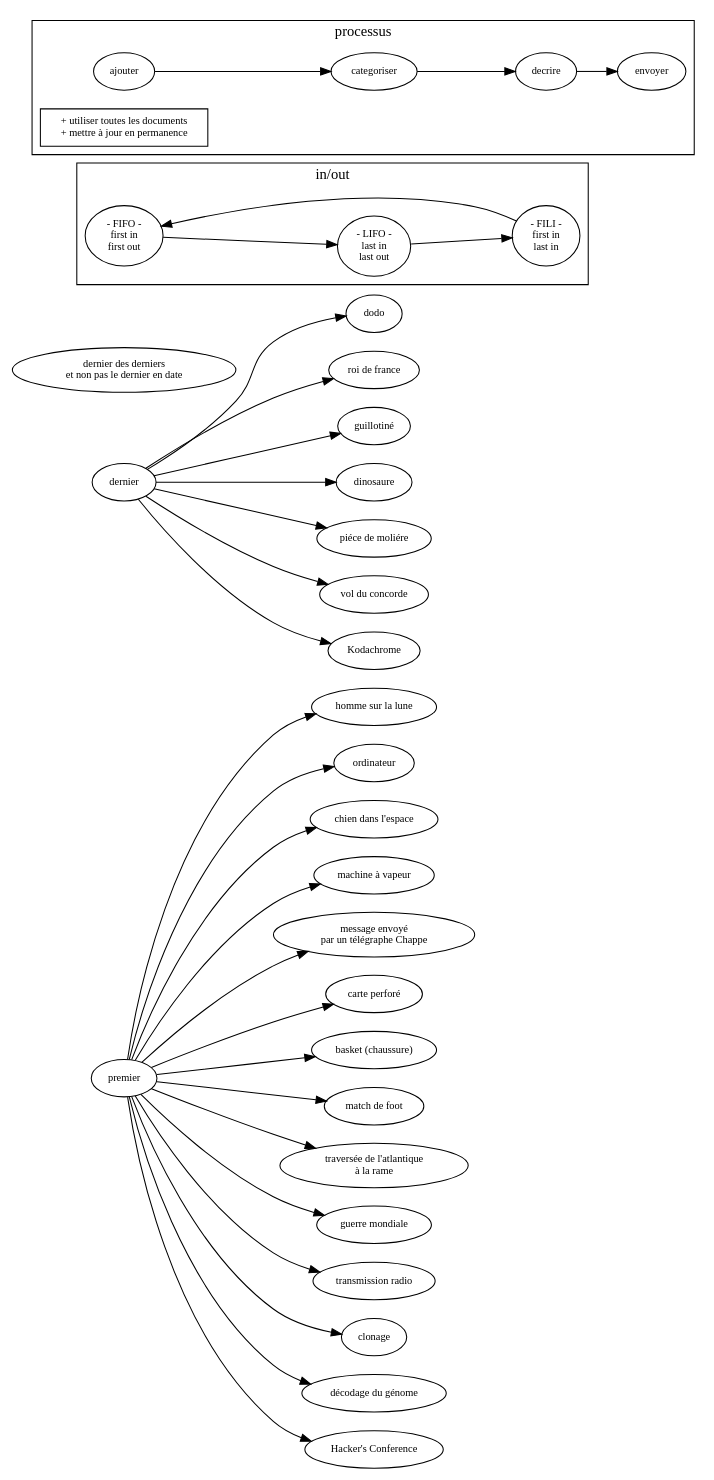
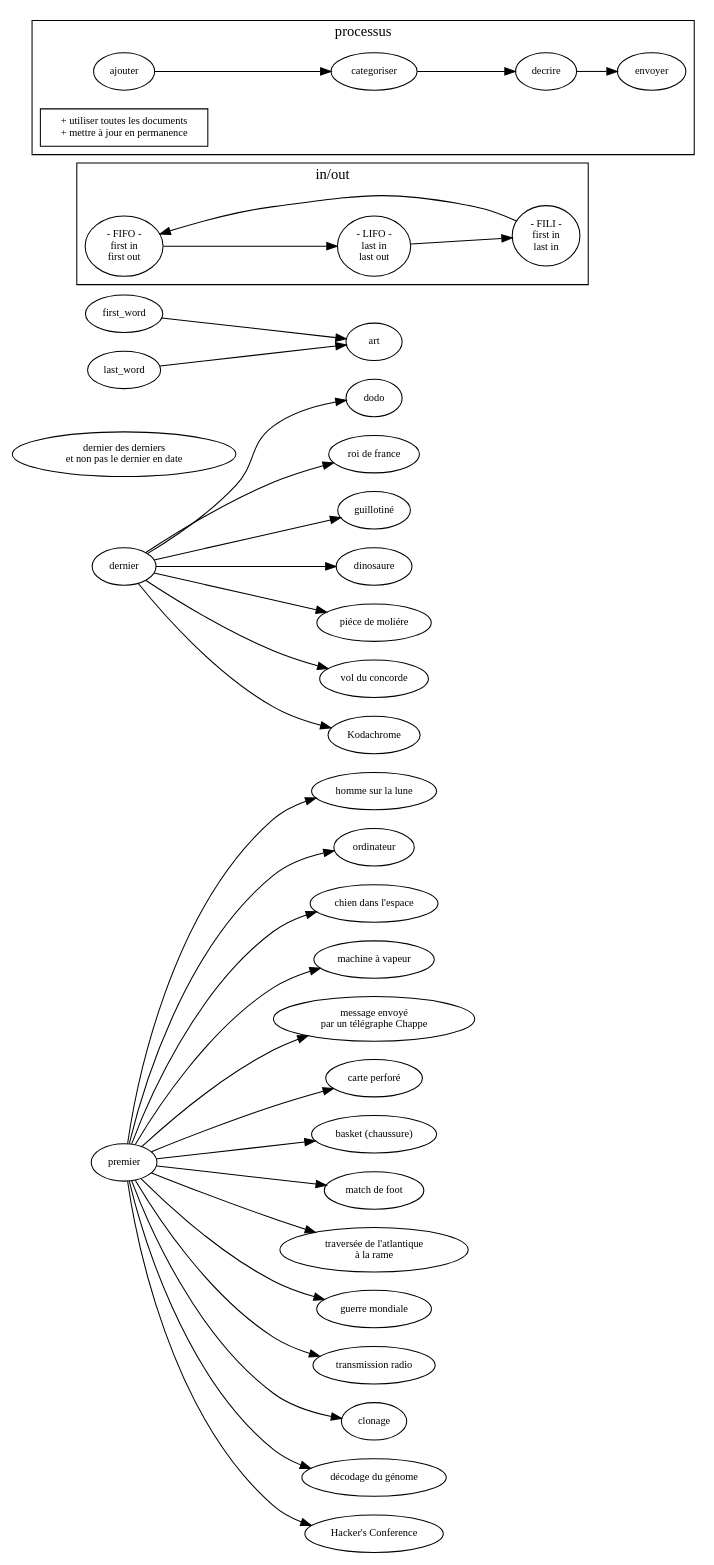
One commit to ensad-nancy/first-last changed the diagram in sujet.dot. Above: the diagram before and after it, drawn with Graphviz.

Commit message:
+ +	first_word -> art +	last_word -> art

```diff
--- a/sujet.dot
+++ b/sujet.dot
@@ -1,64 +1,67 @@
 digraph {
 
 	layout= "dot"
 	
 
 	fontname="myriadpro"
 	fontsize = 14
 	rankdir="LR"
 	
 	
 	node [fontname="myriadpro", fontsize = 10]
 	edge [fontname="monaco", fontsize = 9]
 	
 	first [label="premier"]
 	last [label="dernier"]
 	
 	"dernier des derniers\n et non pas le dernier en date" 
 
 	first -> "homme sur la lune"
 	first -> "ordinateur"
 	first -> "chien dans l'espace"
 	first -> "machine à vapeur"
 	first -> "message envoyé\npar un télégraphe Chappe"
 	first -> "carte perforé"
 	first -> "basket (chaussure)"
 	first -> "match de foot"
 	first -> "traversée de l'atlantique\nà la rame"
 	first -> "guerre mondiale"
 	first -> "transmission radio"
 	first -> "clonage"
 	first -> "décodage du génome"
 	first -> "Hacker's Conference"
 	
 	last -> dodo
 	last -> "roi de france"
 	last -> "guillotiné"
 	last -> "dinosaure"
 	last -> "piéce de moliére"
 	last -> "vol du concorde"
 	last -> "Kodachrome"
 
+
+	first_word -> art
+	last_word -> art
 	subgraph cluster_FO{
 	
 		label="in/out"
 		
 		FIFO [label="- FIFO -\nfirst in\nfirst out"]
 		LIFO [label="- LIFO -\nlast in\nlast out"]
 		FILI [label="- FILI -\nfirst in\n last in"]
 
 		FILI -> FIFO -> LIFO -> FILI
 	}
 	
 	subgraph cluster_process {
 		
 		label="processus"
 		
 		//get [label="récolter"]
 		
 		ajouter -> categoriser -> decrire -> envoyer
 		
 		"+ utiliser toutes les documents
 + mettre à jour en permanence" [ shape=box]
 	}
 }
```
